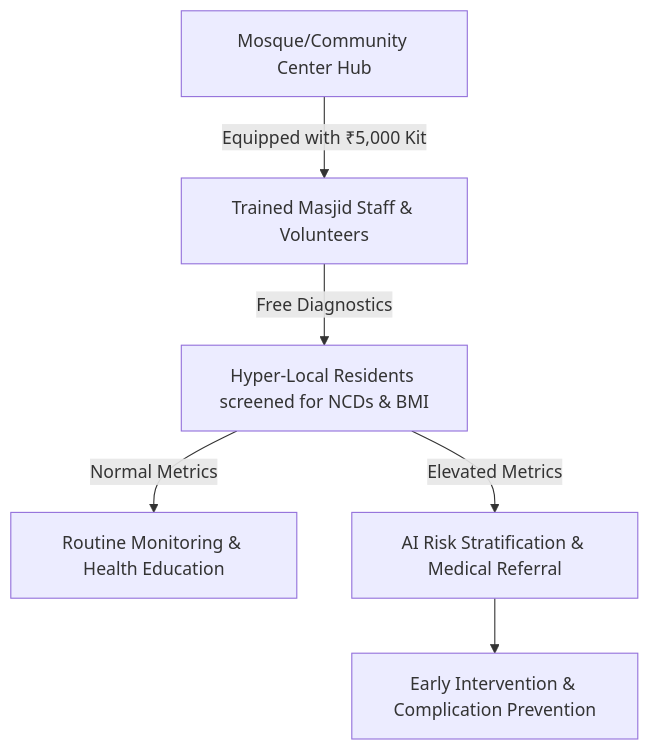
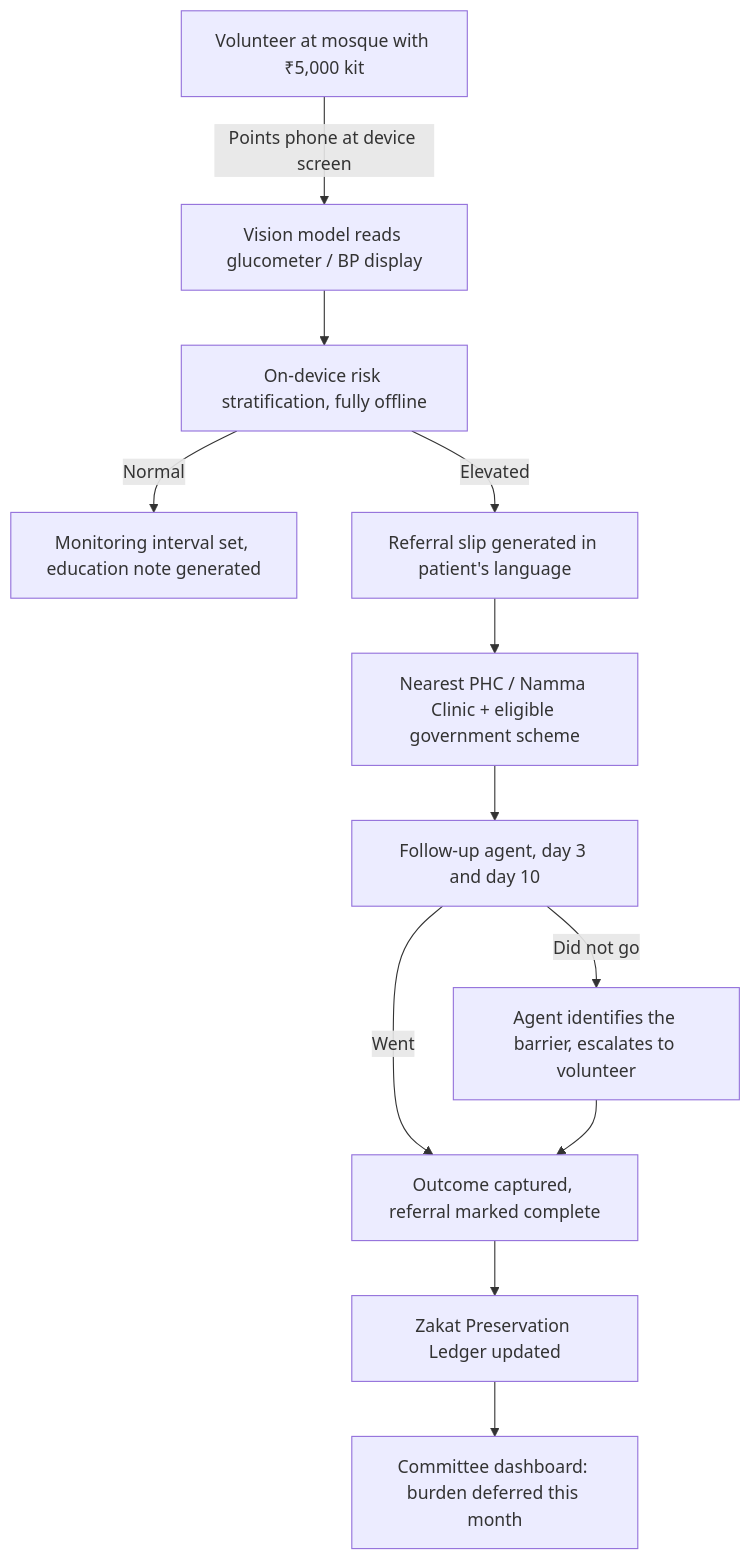
The first of 2 diagrams in business_strategy.md (ABF-lab/Health), drawn with Mermaid before and after one commit. The commit also changed other lines of this file and 11 other files, not shown here.

````diff
--- a/business_strategy.md
+++ b/business_strategy.md
@@ -28,8 +71,14 @@
 ```mermaid
 graph TD
-    A[Mosque/Community Center Hub] -->|Equipped with ₹5,000 Kit| B[Trained Masjid Staff & Volunteers]
-    B -->|Free Diagnostics| C[Hyper-Local Residents screened for NCDs & BMI]
-    C -->|Normal Metrics| D[Routine Monitoring & Health Education]
-    C -->|Elevated Metrics| E[AI Risk Stratification & Medical Referral]
-    E --> F[Early Intervention & Complication Prevention]
+    A[Volunteer at mosque with ₹5,000 kit] -->|Points phone at device screen| B[Vision model reads glucometer / BP display]
+    B --> C[On-device risk stratification, fully offline]
+    C -->|Normal| D[Monitoring interval set, education note generated]
+    C -->|Elevated| E[Referral slip generated in patient's language]
+    E --> F[Nearest PHC / Namma Clinic + eligible government scheme]
+    F --> I[Follow-up agent, day 3 and day 10]
+    I -->|Did not go| J[Agent identifies the barrier, escalates to volunteer]
+    I -->|Went| K[Outcome captured, referral marked complete]
+    J --> K
+    K --> G[Zakat Preservation Ledger updated]
+    G --> H[Committee dashboard: burden deferred this month]
 ```
````
